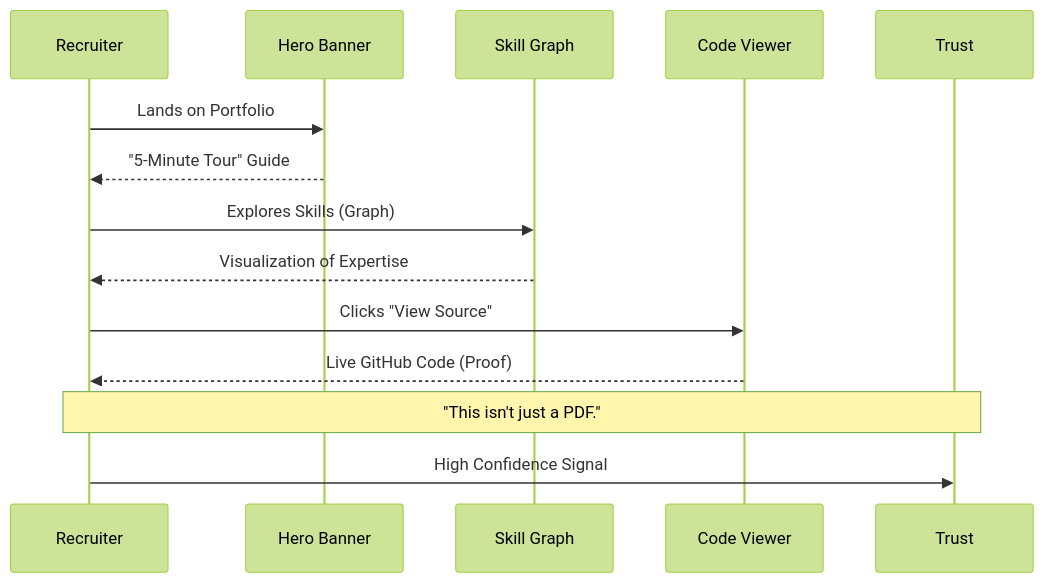
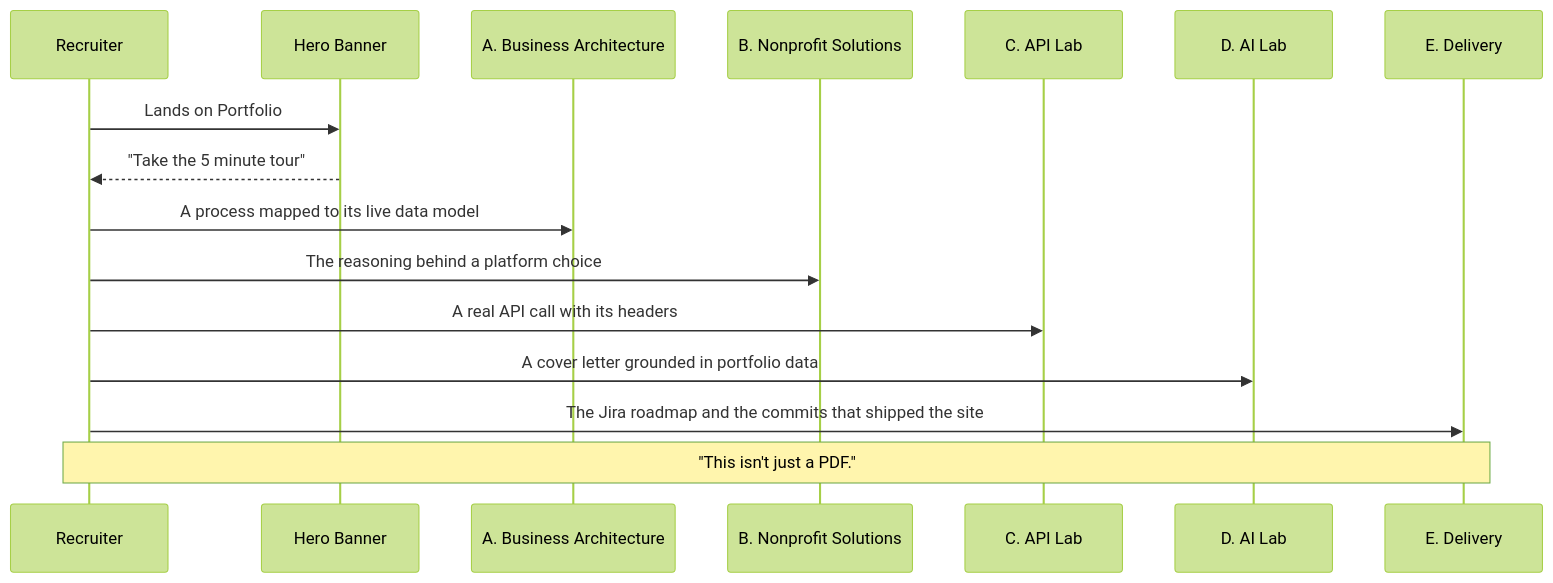
Before and after one commit to rdbumstead/salesforce-platform-architect-portfolio: the diagram in docs/guides/01-Executive-Overview.md, drawn with Mermaid (forest theme). The commit also changed other lines of this file and 2 other files, not shown here.

Commit message:
docs(charter): bring the phases, component names and acceptance criteria up to date
Phases 2 and 3 are completed, c-system-health-footer is c-footer, the resume is one PDF plus copied ATS text, the coverage and analyzer gates are the real ones, and the unbuilt C4 resource, LogService and ProjectControllerTest are named as such. The Executive Overview tour shows the five pillar stops, and the docs index no longer promises ROI there.

````diff
--- a/docs/guides/01-Executive-Overview.md
+++ b/docs/guides/01-Executive-Overview.md
@@ -53,17 +53,19 @@
 ```mermaid
 sequenceDiagram
     participant R as Recruiter
     participant H as Hero Banner
-    participant G as Skill Graph
-    participant C as Code Viewer
-    participant T as Trust
+    participant A as A. Business Architecture
+    participant B as B. Nonprofit Solutions
+    participant C as C. API Lab
+    participant D as D. AI Lab
+    participant E as E. Delivery
 
     R->>H: Lands on Portfolio
-    H-->>R: "5-Minute Tour" Guide
-    R->>G: Explores Skills (Graph)
-    G-->>R: Visualization of Expertise
-    R->>C: Clicks "View Source"
-    C-->>R: Live GitHub Code (Proof)
-    Note over R,T: "This isn't just a PDF."
-    R->>T: High Confidence Signal
+    H-->>R: "Take the 5 minute tour"
+    R->>A: A process mapped to its live data model
+    R->>B: The reasoning behind a platform choice
+    R->>C: A real API call with its headers
+    R->>D: A cover letter grounded in portfolio data
+    R->>E: The Jira roadmap and the commits that shipped the site
+    Note over R,E: "This isn't just a PDF."
 ```
````
